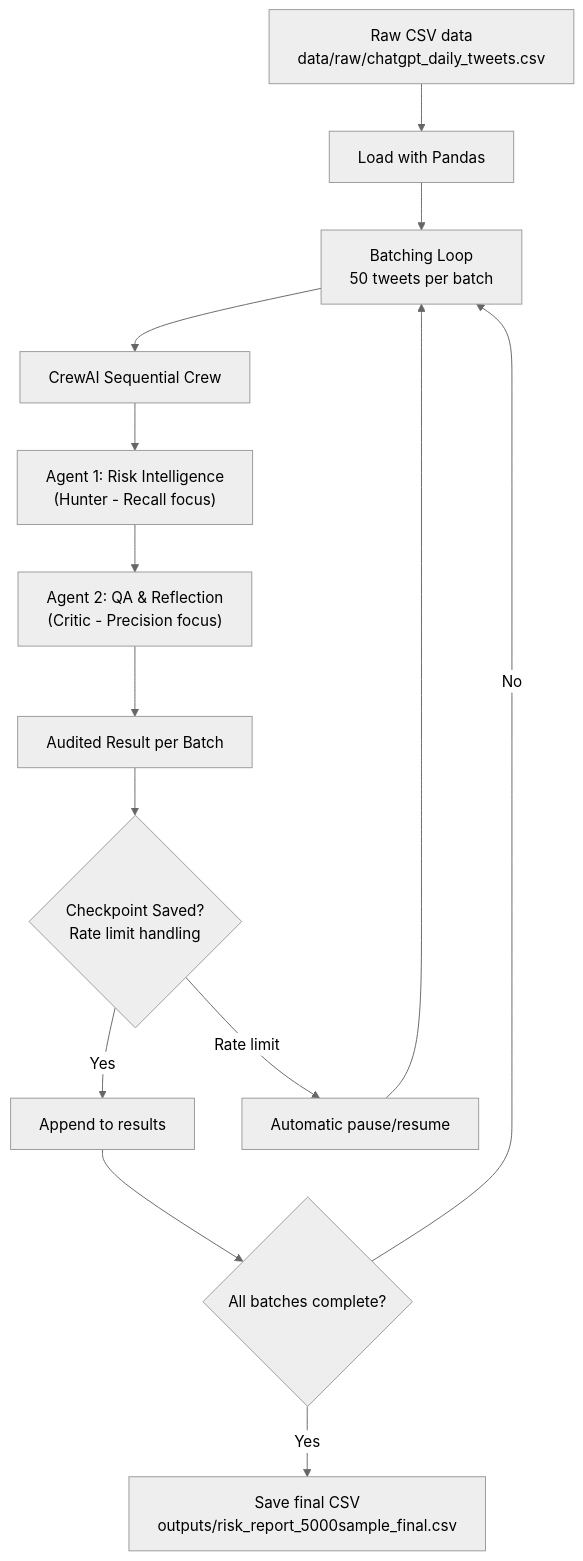
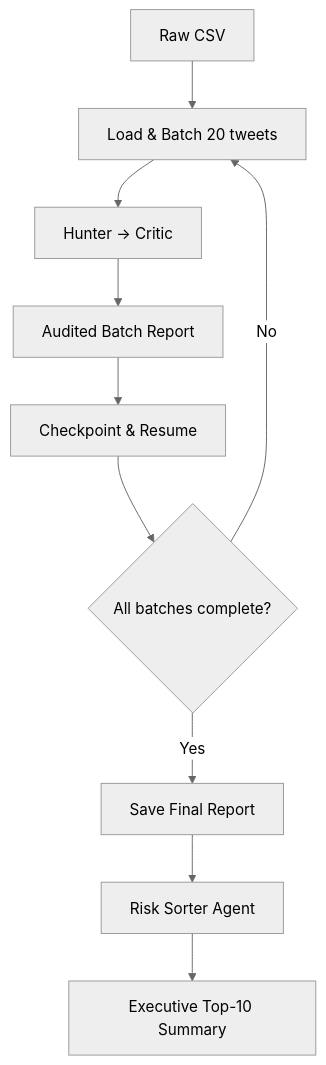
Before and after one commit to mariaudem/Twitter-Performance-Risk-Analysis: the diagram in README.md, drawn with Mermaid (neutral theme).

Commit message:
Refactor process flow diagram in README for clarity and conciseness; streamline agent interactions and batch processing steps

````diff
--- a/README.md
+++ b/README.md
@@ -27,16 +27,12 @@
 ```mermaid
 flowchart TD
-    A["Raw CSV data\ndata/raw/chatgpt_daily_tweets.csv"] --> B["Load with Pandas"]
-    B --> C["Batching Loop\n50 tweets per batch"]
-    C --> D["CrewAI Sequential Crew"]
-    D --> E["Agent 1: Risk Intelligence\n(Hunter - Recall focus)"]
-    E --> F["Agent 2: QA & Reflection\n(Critic - Precision focus)"]
-    F --> G["Audited Result per Batch"]
-    G --> H{"Checkpoint Saved?\nRate limit handling"}
-    H -->|Yes| I["Append to results"]
-    H -->|Rate limit| J["Automatic pause/resume"]
-    J --> C
-    I --> K{"All batches complete?"}
-    K -->|No| C
-    K -->|Yes| L["Save final CSV\noutputs/risk_report_5000sample_final.csv"]
+    A[Raw CSV] --> B[Load & Batch 20 tweets]
+    B --> C[Hunter → Critic]
+    C --> D[Audited Batch Report]
+    D --> E[Checkpoint & Resume]
+    E --> F{All batches complete?}
+    F -->|No| B
+    F -->|Yes| G[Save Final Report]
+    G --> H[Risk Sorter Agent]
+    H --> I[Executive Top-10 Summary]
 ```
````
